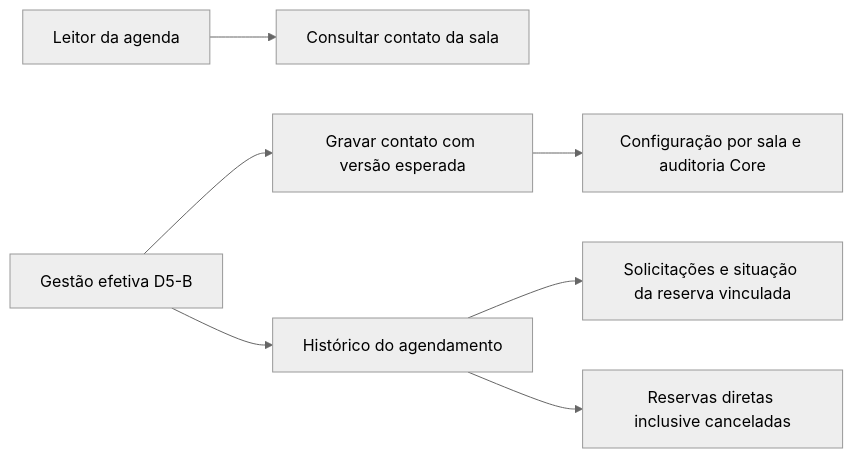
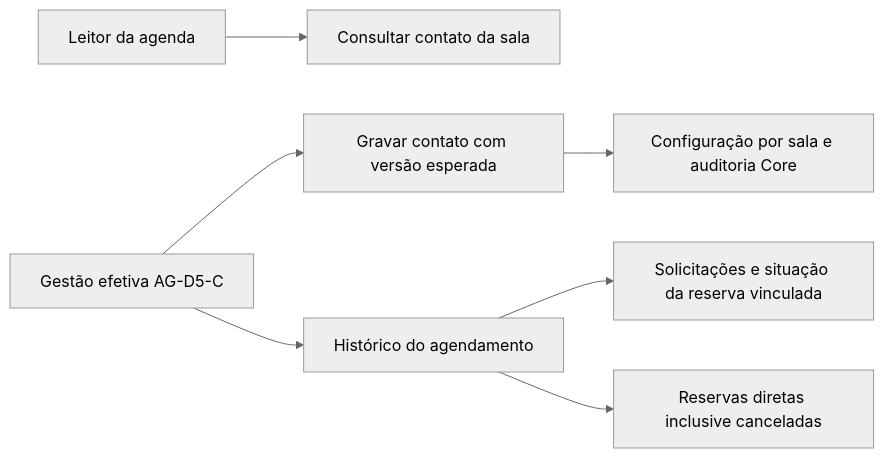
Before and after one commit to The-Vonky/Gaucha-Gestao: the first of 3 diagrams in docs/modules/room-booking/EXPERIENCE_V1.md, drawn with Mermaid (neutral theme). The commit also changed other lines of this file and 36 other files, not shown here.

````diff
--- a/docs/modules/room-booking/EXPERIENCE_V1.md
+++ b/docs/modules/room-booking/EXPERIENCE_V1.md
@@ -40,9 +38,9 @@
 ```mermaid
 flowchart LR
     L[Leitor da agenda] --> C[Consultar contato da sala]
-    G[Gestão efetiva D5-B] --> E[Gravar contato com versão esperada]
+    G[Gestão efetiva AG-D5-C] --> E[Gravar contato com versão esperada]
     E --> A[Configuração por sala e auditoria Core]
     G --> H[Histórico do agendamento]
     H --> P[Solicitações e situação da reserva vinculada]
     H --> D[Reservas diretas inclusive canceladas]
 ```
````
